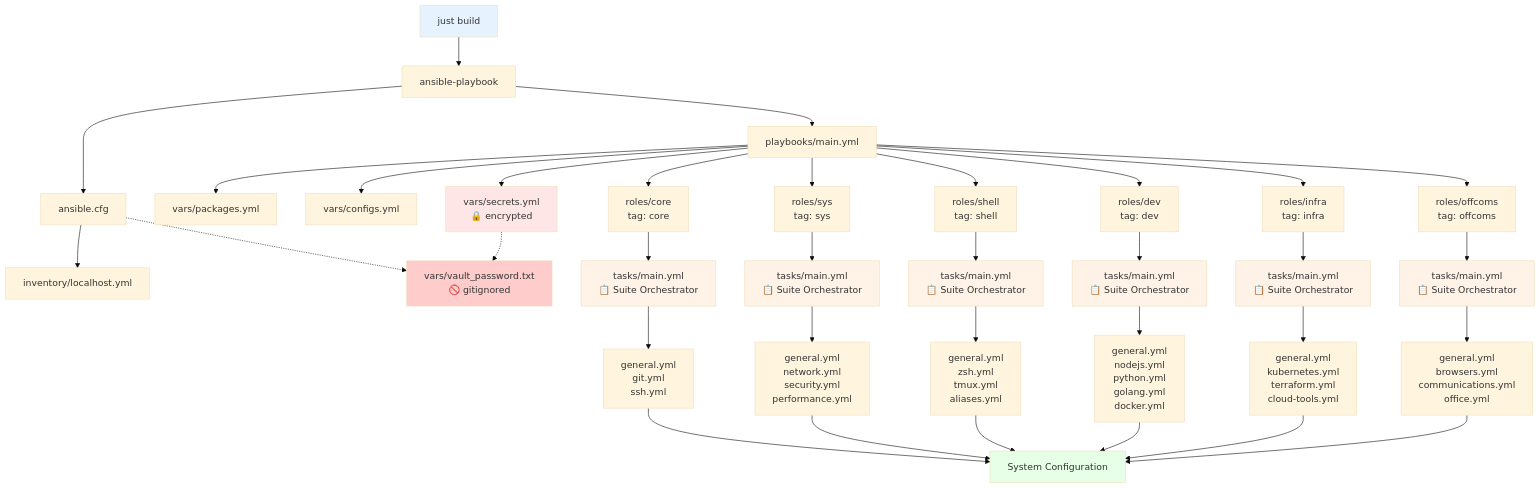
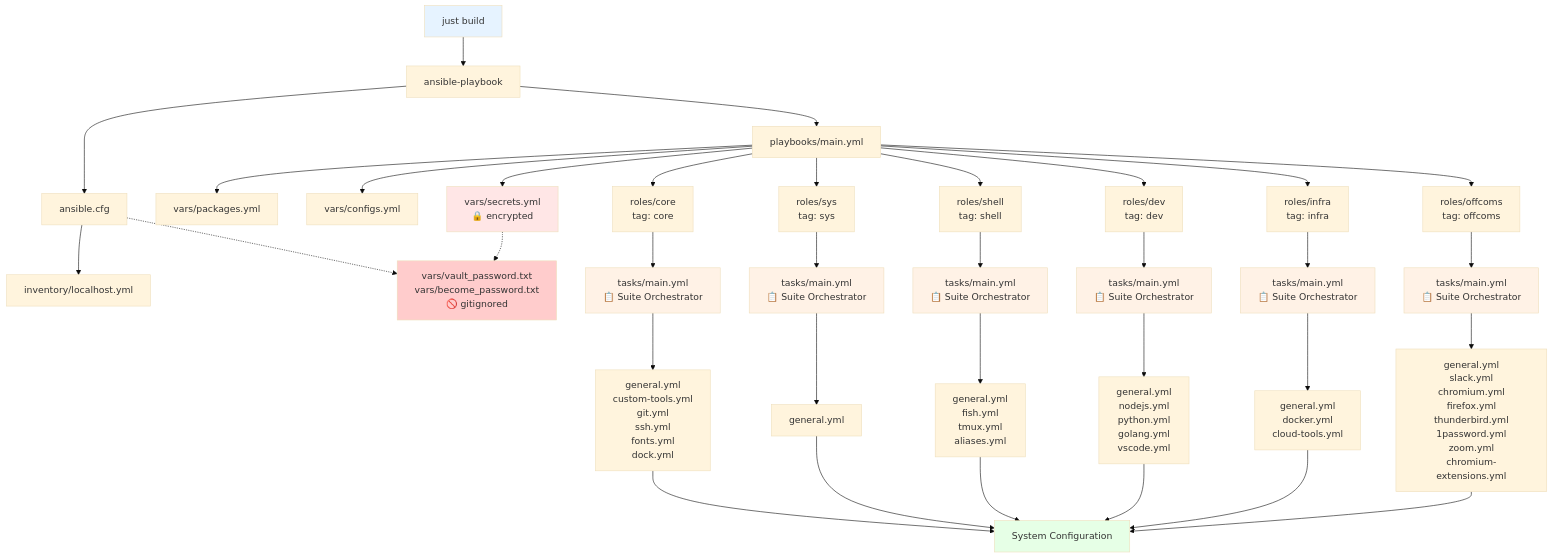
The diagram in README.md (bashfulrobot/donkey-kong), drawn with Mermaid (base theme) before and after one commit.

Commit message:
📝 docs: update Mermaid diagram to reflect actual project structure
- Update task file listings to match current implementation
- Add new files: fonts.yml, dock.yml, vscode.yml, chromium.yml, etc.
- Include become_password.txt in gitignored files diagram
- Reflect actual state of roles and task organization

````diff
--- a/README.md
+++ b/README.md
@@ -86,53 +86,53 @@
 ```mermaid
 flowchart TD
     A[just build] --> B[ansible-playbook]
     B --> C[ansible.cfg]
     C --> D[inventory/localhost.yml]
     B --> E[playbooks/main.yml]
     
     E --> F[vars/packages.yml]
     E --> G[vars/configs.yml] 
     E --> H[vars/secrets.yml<br/>🔒 encrypted]
     
     E --> I[roles/core<br/>tag: core]
     E --> J[roles/sys<br/>tag: sys]
     E --> K[roles/shell<br/>tag: shell]
     E --> L[roles/dev<br/>tag: dev]
     E --> M[roles/infra<br/>tag: infra]
     E --> N[roles/offcoms<br/>tag: offcoms]
     
     I --> I1[tasks/main.yml<br/>📋 Suite Orchestrator]
     J --> J1[tasks/main.yml<br/>📋 Suite Orchestrator]
     K --> K1[tasks/main.yml<br/>📋 Suite Orchestrator]
     L --> L1[tasks/main.yml<br/>📋 Suite Orchestrator]
     M --> M1[tasks/main.yml<br/>📋 Suite Orchestrator]
     N --> N1[tasks/main.yml<br/>📋 Suite Orchestrator]
     
-    I1 --> I2[general.yml<br/>git.yml<br/>ssh.yml]
-    J1 --> J2[general.yml<br/>network.yml<br/>security.yml<br/>performance.yml]
-    K1 --> K2[general.yml<br/>zsh.yml<br/>tmux.yml<br/>aliases.yml]
-    L1 --> L2[general.yml<br/>nodejs.yml<br/>python.yml<br/>golang.yml<br/>docker.yml]
-    M1 --> M2[general.yml<br/>kubernetes.yml<br/>terraform.yml<br/>cloud-tools.yml]
-    N1 --> N2[general.yml<br/>browsers.yml<br/>communications.yml<br/>office.yml]
+    I1 --> I2[general.yml<br/>custom-tools.yml<br/>git.yml<br/>ssh.yml<br/>fonts.yml<br/>dock.yml]
+    J1 --> J2[general.yml]
+    K1 --> K2[general.yml<br/>fish.yml<br/>tmux.yml<br/>aliases.yml]
+    L1 --> L2[general.yml<br/>nodejs.yml<br/>python.yml<br/>golang.yml<br/>vscode.yml]
+    M1 --> M2[general.yml<br/>docker.yml<br/>cloud-tools.yml]
+    N1 --> N2[general.yml<br/>slack.yml<br/>chromium.yml<br/>firefox.yml<br/>thunderbird.yml<br/>1password.yml<br/>zoom.yml<br/>chromium-extensions.yml]
     
     I2 --> O[System Configuration]
     J2 --> O
     K2 --> O
     L2 --> O
     M2 --> O
     N2 --> O
     
-    C -.-> P[vars/vault_password.txt<br/>🚫 gitignored]
+    C -.-> P[vars/vault_password.txt<br/>vars/become_password.txt<br/>🚫 gitignored]
     H -.-> P
     
     style H fill:#ffe6e6
     style P fill:#ffcccc
     style A fill:#e6f3ff
     style O fill:#e6ffe6
     style I1 fill:#fff2e6
     style J1 fill:#fff2e6
     style K1 fill:#fff2e6
     style L1 fill:#fff2e6
     style M1 fill:#fff2e6
     style N1 fill:#fff2e6
 ```
````
